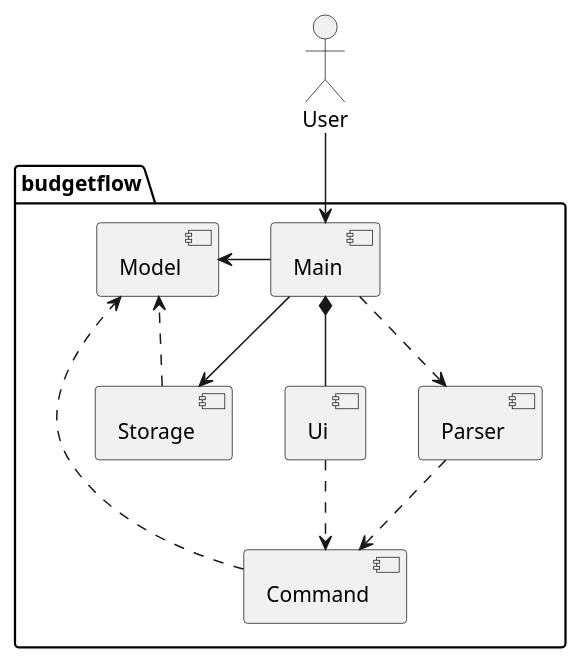
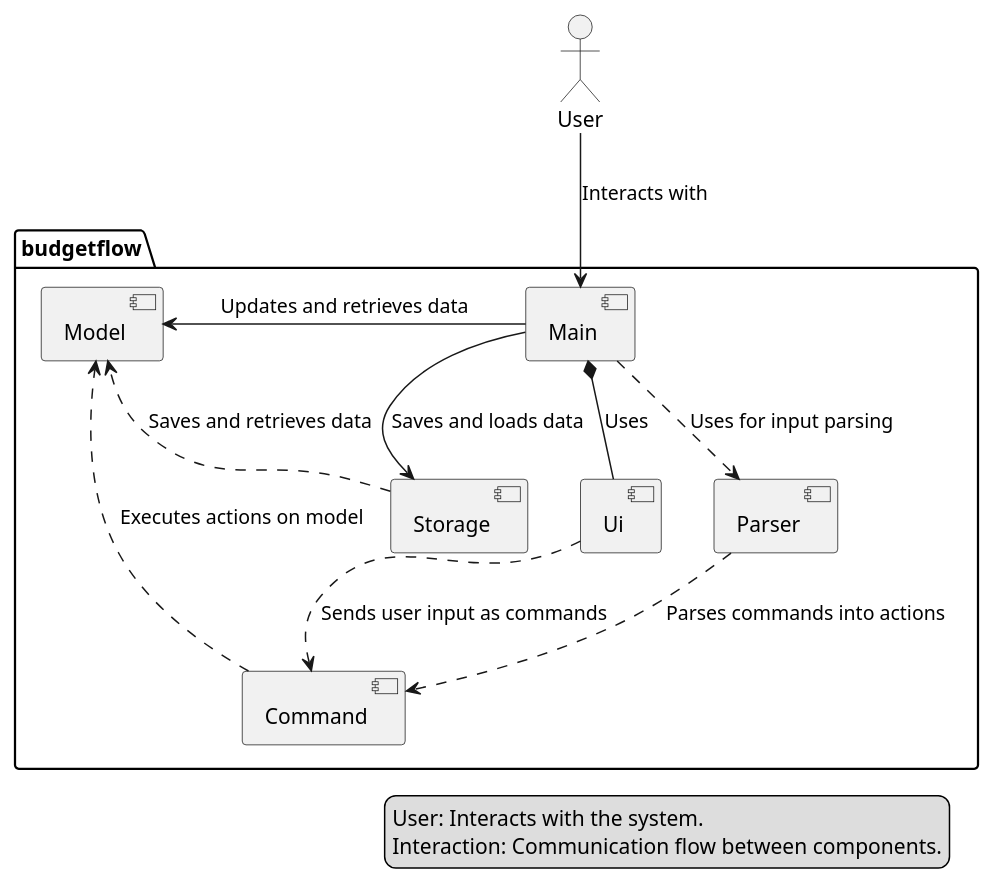
Before and after one commit to thienkimtranhoang/tp: the diagram in docs/diagrams/Architecture.puml, drawn with PlantUML. The commit also changed 27 other files, not shown here.

```diff
--- a/docs/diagrams/Architecture.puml
+++ b/docs/diagrams/Architecture.puml
@@ -1,22 +1,41 @@
 @startuml
-'https://plantuml.com/use-case-diagram
+' Define the actor and system
 actor User
+
+' Define the package containing the system components
 package budgetflow {
     [Main]
     [Ui]
     [Parser]
     [Command]
     [Storage]
     [Model]
 }
-User --> [Main]
-[Main] -left-> [Model]
-[Main] --> [Storage]
-[Main] *-- [Ui]
-[Main] ..> [Parser]
-[Storage] ..> [Model]
-[Command] ..> [Model]
-[Parser] ..> [Command]
-[Ui] ..> [Command]
+
+' Define relationships between components
+User --> [Main] : Interacts with
+[Main] -left-> [Model] : Updates and retrieves data
+[Main] --> [Storage] : Saves and loads data
+[Main] *-- [Ui] : Uses
+[Main] ..> [Parser] : Uses for input parsing
+[Storage] ..> [Model] : Saves and retrieves data
+[Command] ..> [Model] : Executes actions on model
+[Parser] ..> [Command] : Parses commands into actions
+[Ui] ..> [Command] : Sends user input as commands
+
+' Add legends for components and interactions
+legend left
+  Main: Entry point, coordinates between components.
+  Ui: Handles user input/output.
+  Parser: Converts user input to executable commands.
+  Command: Executes budget-related actions.
+  Storage: Manages data persistence.
+  Model: Stores application data and logic.
+endlegend
+
+legend right
+  User: Interacts with the system.
+  Interaction: Communication flow between components.
+endlegend
 
 @enduml
```
